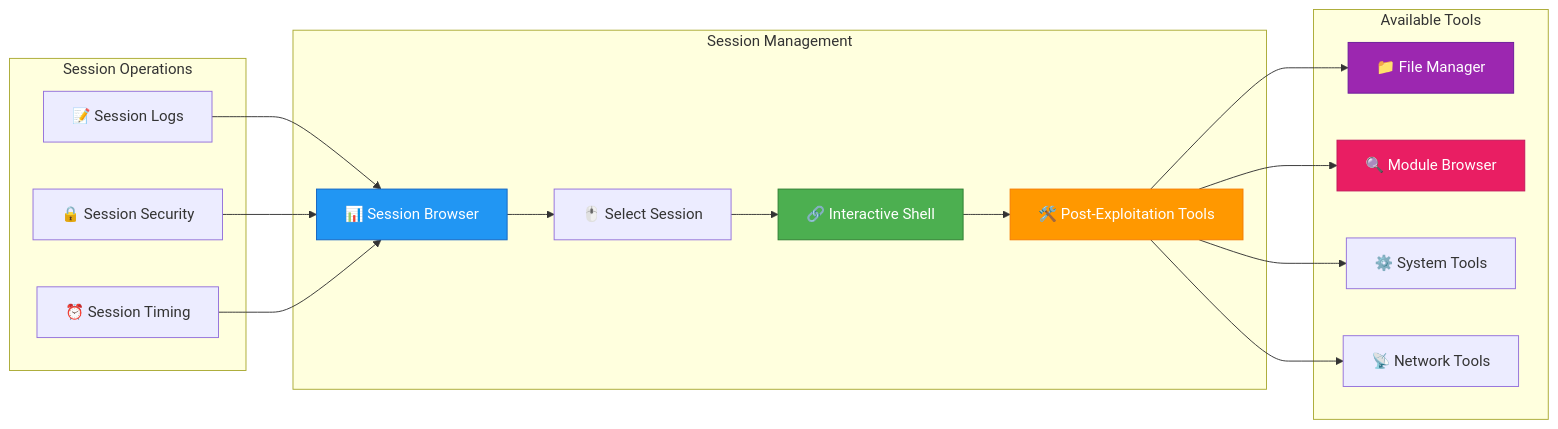
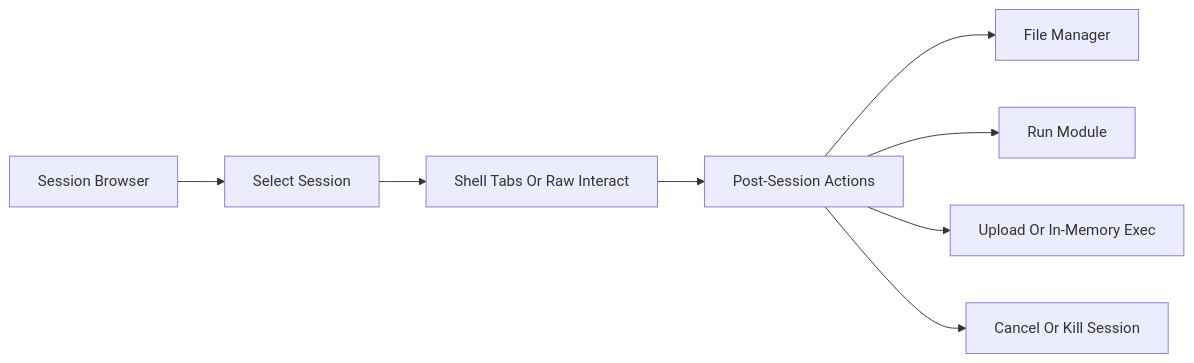
Before and after one commit to Aryma-f4/necromancy: the second of 4 diagrams in README.md, drawn with Mermaid. The commit also changed other lines of this file and 8 other files, not shown here.

````diff
--- a/README.md
+++ b/README.md
@@ -116,27 +81,10 @@
 ```mermaid
 graph LR
-    subgraph "Session Management"
-        A[📊 Session Browser] --> B[🖱️ Select Session]
-        B --> C[🔗 Interactive Shell]
-        C --> D[🛠️ Post-Exploitation Tools]
-    end
-    
-    subgraph "Available Tools"
-        D --> E[📁 File Manager]
-        D --> F[🔍 Module Browser]
-        D --> G[⚙️ System Tools]
-        D --> H[📡 Network Tools]
-    end
-    
-    subgraph "Session Operations"
-        I[📝 Session Logs] --> A
-        J[🔒 Session Security] --> A
-        K[⏰ Session Timing] --> A
-    end
-    
-    style A fill:#2196F3,stroke:#1565C0,color:#fff
-    style C fill:#4CAF50,stroke:#2E7D32,color:#fff
-    style D fill:#FF9800,stroke:#F57C00,color:#fff
-    style E fill:#9C27B0,stroke:#6A1B9A,color:#fff
-    style F fill:#E91E63,stroke:#C2185B,color:#fff
+    A[Session Browser] --> B[Select Session]
+    B --> C[Shell Tabs Or Raw Interact]
+    C --> D[Post-Session Actions]
+    D --> E[File Manager]
+    D --> F[Run Module]
+    D --> G[Upload Or In-Memory Exec]
+    D --> H[Cancel Or Kill Session]
 ```
````
